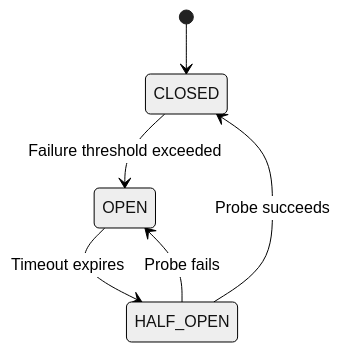
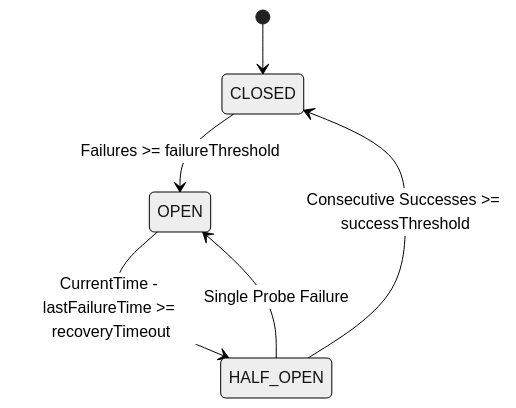
The third of 3 diagrams in Projects/LLD/02-LLD-Interview-Questions/50-Circuit-Breaker/Design a Circuit Breaker.md (kunal0011/knowledge-base), drawn with Mermaid (neutral theme) before and after one commit. The commit also changed other lines of this file and 49 other files, not shown here.

Commit message:
feat(lld): upgrade all 50 LLD interview questions with Java implementations, sequence diagrams, thread safety and SOLID matrices

````diff
--- a/Projects/LLD/02-LLD-Interview-Questions/50-Circuit-Breaker/Design a Circuit Breaker.md
+++ b/Projects/LLD/02-LLD-Interview-Questions/50-Circuit-Breaker/Design a Circuit Breaker.md
@@ -15,8 +100,8 @@
 ```mermaid
 stateDiagram-v2
     [*] --> CLOSED
-    CLOSED --> OPEN: Failure threshold exceeded
-    OPEN --> HALF_OPEN: Timeout expires
-    HALF_OPEN --> CLOSED: Probe succeeds
-    HALF_OPEN --> OPEN: Probe fails
+    CLOSED --> OPEN: Failures >= failureThreshold
+    OPEN --> HALF_OPEN: CurrentTime - lastFailureTime >= recoveryTimeout
+    HALF_OPEN --> CLOSED: Consecutive Successes >= successThreshold
+    HALF_OPEN --> OPEN: Single Probe Failure
 ```
````
